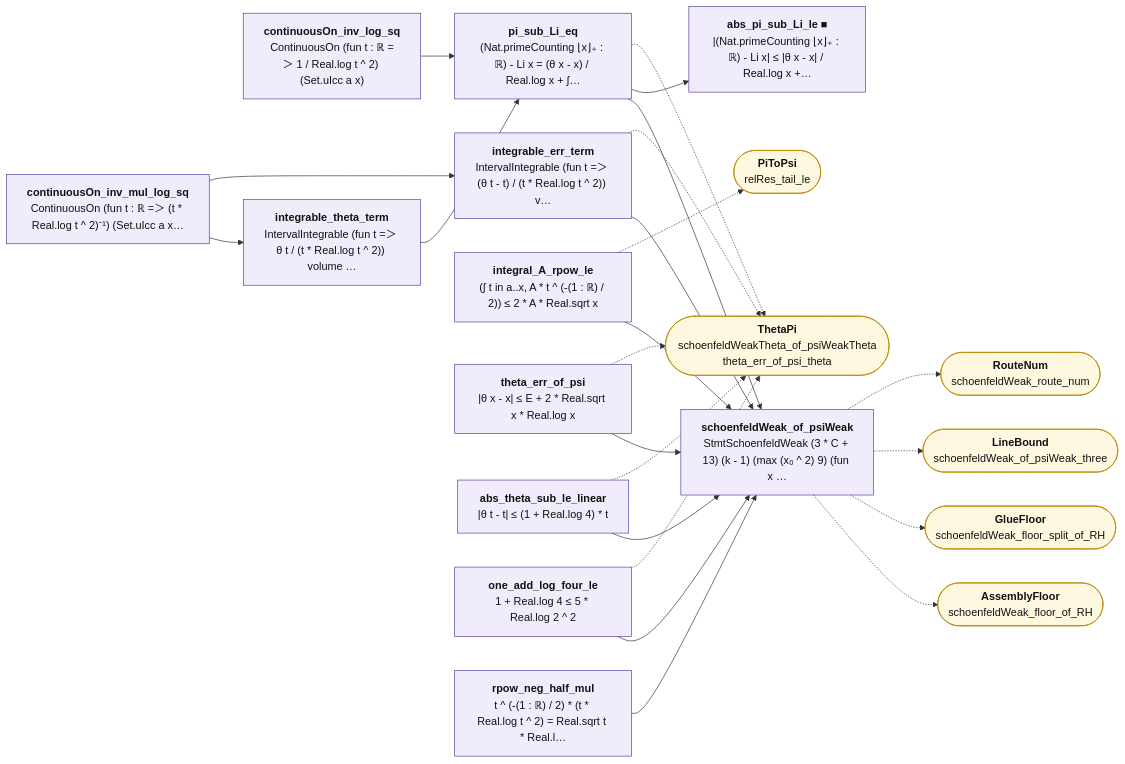
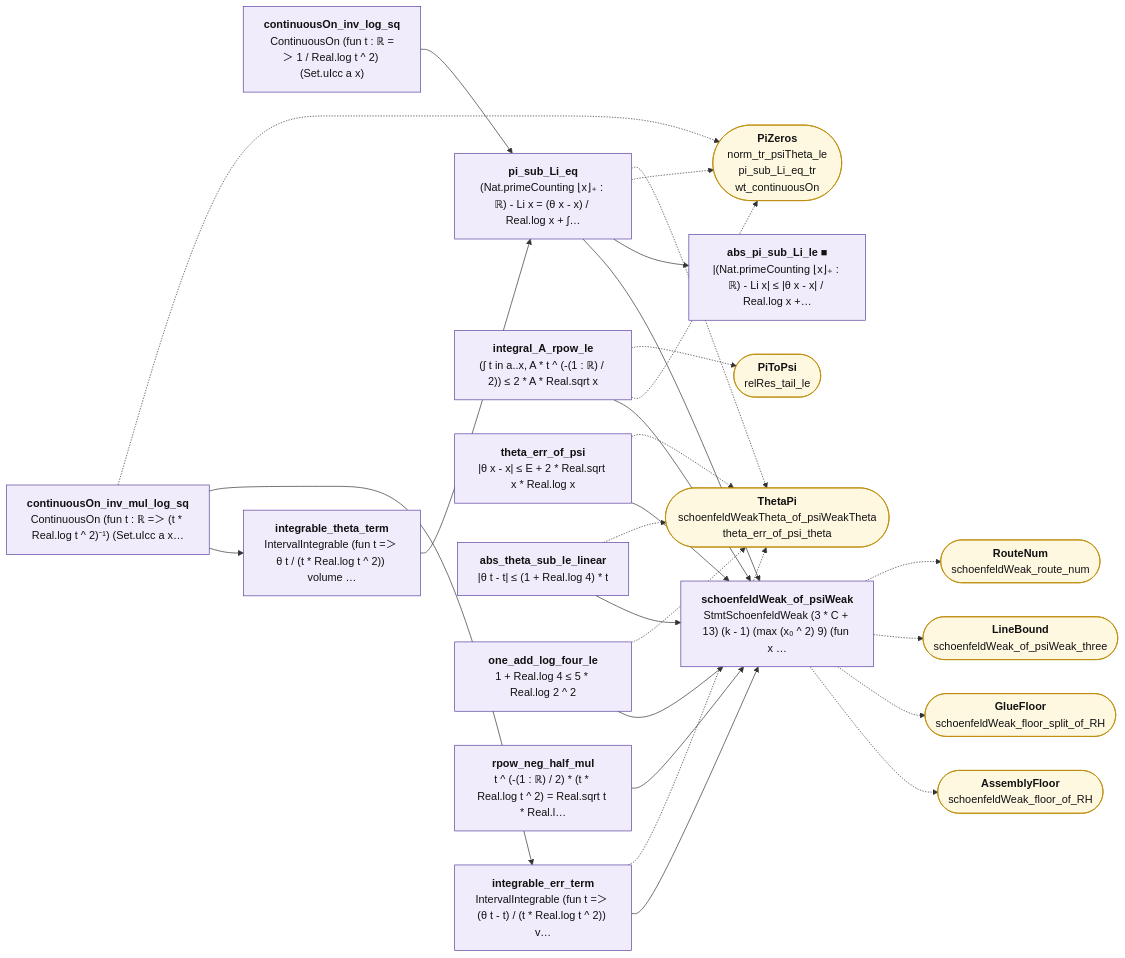
One commit to juliansambranojr/Primebeat_081426 changed the diagram in map/lean_stage3/PsiToPi.mmd. Above: the diagram before and after it, drawn with Mermaid. The commit also changed 55 other files, not shown here.

```diff
--- a/map/lean_stage3/PsiToPi.mmd
+++ b/map/lean_stage3/PsiToPi.mmd
@@ -1,49 +1,53 @@
 flowchart LR
   n0["<b>continuousOn_inv_log_sq</b><br/>ContinuousOn (fun t : ℝ =＞ 1 / Real.log t ^ 2) (Set.uIcc a x)"]:::shp
   n1["<b>continuousOn_inv_mul_log_sq</b><br/>ContinuousOn (fun t : ℝ =＞ (t * Real.log t ^ 2)⁻¹) (Set.uIcc a x…"]:::shp
   n2["<b>integrable_theta_term</b><br/>IntervalIntegrable (fun t =＞ θ t / (t * Real.log t ^ 2)) volume …"]:::shp
   n3["<b>integrable_err_term</b><br/>IntervalIntegrable (fun t =＞ (θ t - t) / (t * Real.log t ^ 2)) v…"]:::shp
   n4["<b>pi_sub_Li_eq</b><br/>(Nat.primeCounting ⌊x⌋₊ : ℝ) - Li x = (θ x - x) / Real.log x + ∫…"]:::shp
   n5["<b>abs_pi_sub_Li_le ■</b><br/>|(Nat.primeCounting ⌊x⌋₊ : ℝ) - Li x| ≤ |θ x - x| / Real.log x +…"]:::shp
   n6["<b>integral_A_rpow_le</b><br/>(∫ t in a..x, A * t ^ (-(1 : ℝ) / 2)) ≤ 2 * A * Real.sqrt x"]:::shp
   n7["<b>theta_err_of_psi</b><br/>|θ x - x| ≤ E + 2 * Real.sqrt x * Real.log x"]:::shp
   n8["<b>abs_theta_sub_le_linear</b><br/>|θ t - t| ≤ (1 + Real.log 4) * t"]:::shp
   n9["<b>one_add_log_four_le</b><br/>1 + Real.log 4 ≤ 5 * Real.log 2 ^ 2"]:::shp
   n10["<b>rpow_neg_half_mul</b><br/>t ^ (-(1 : ℝ) / 2) * (t * Real.log t ^ 2) = Real.sqrt t * Real.l…"]:::shp
   n11["<b>schoenfeldWeak_of_psiWeak</b><br/>StmtSchoenfeldWeak (3 * C + 13) (k - 1) (max (x₀ ^ 2) 9) (fun x …"]:::shp
-  x0(["<b>ThetaPi</b><br/>schoenfeldWeakTheta_of_psiWeakTheta<br/>theta_err_of_psi_theta"]):::ext
-  x1(["<b>PiToPsi</b><br/>relRes_tail_le"]):::ext
-  x2(["<b>AssemblyFloor</b><br/>schoenfeldWeak_floor_of_RH"]):::ext
-  x3(["<b>GlueFloor</b><br/>schoenfeldWeak_floor_split_of_RH"]):::ext
-  x4(["<b>LineBound</b><br/>schoenfeldWeak_of_psiWeak_three"]):::ext
-  x5(["<b>RouteNum</b><br/>schoenfeldWeak_route_num"]):::ext
+  x0(["<b>PiZeros</b><br/>norm_tr_psiTheta_le<br/>pi_sub_Li_eq_tr<br/>wt_continuousOn"]):::ext
+  x1(["<b>ThetaPi</b><br/>schoenfeldWeakTheta_of_psiWeakTheta<br/>theta_err_of_psi_theta"]):::ext
+  x2(["<b>PiToPsi</b><br/>relRes_tail_le"]):::ext
+  x3(["<b>AssemblyFloor</b><br/>schoenfeldWeak_floor_of_RH"]):::ext
+  x4(["<b>GlueFloor</b><br/>schoenfeldWeak_floor_split_of_RH"]):::ext
+  x5(["<b>LineBound</b><br/>schoenfeldWeak_of_psiWeak_three"]):::ext
+  x6(["<b>RouteNum</b><br/>schoenfeldWeak_route_num"]):::ext
   n0 --> n4
   n1 --> n2
   n1 --> n3
   n10 --> n11
   n2 --> n4
   n3 --> n11
   n4 --> n11
   n4 --> n5
   n6 --> n11
   n7 --> n11
   n8 --> n11
   n9 --> n11
-  n11 -.-> x2
+  n1 -.-> x0
   n11 -.-> x3
   n11 -.-> x4
   n11 -.-> x5
-  n3 -.-> x0
+  n11 -.-> x6
+  n3 -.-> x1
   n4 -.-> x0
-  n6 -.-> x1
-  n7 -.-> x0
-  n8 -.-> x0
-  n9 -.-> x0
+  n4 -.-> x1
+  n6 -.-> x0
+  n6 -.-> x2
+  n7 -.-> x1
+  n8 -.-> x1
+  n9 -.-> x1
   classDef cnt fill:#dff5ec,stroke:#17694a,color:#111
   classDef shp fill:#f1ecfb,stroke:#5b3fa0,color:#111
   classDef rh fill:#ffe5e5,stroke:#c22,color:#111,stroke-width:2px
   classDef thm fill:#eef4ff,stroke:#335,color:#111
   classDef end_ fill:#e7f7e7,stroke:#2a7,color:#111,stroke-width:2px
   classDef lone fill:#fff,stroke:#999,color:#111,stroke-dasharray:4 3
   classDef bad fill:#ffe5e5,stroke:#c22,color:#111,stroke-width:2px
   classDef ext fill:#fff8e1,stroke:#b80,color:#111
```
